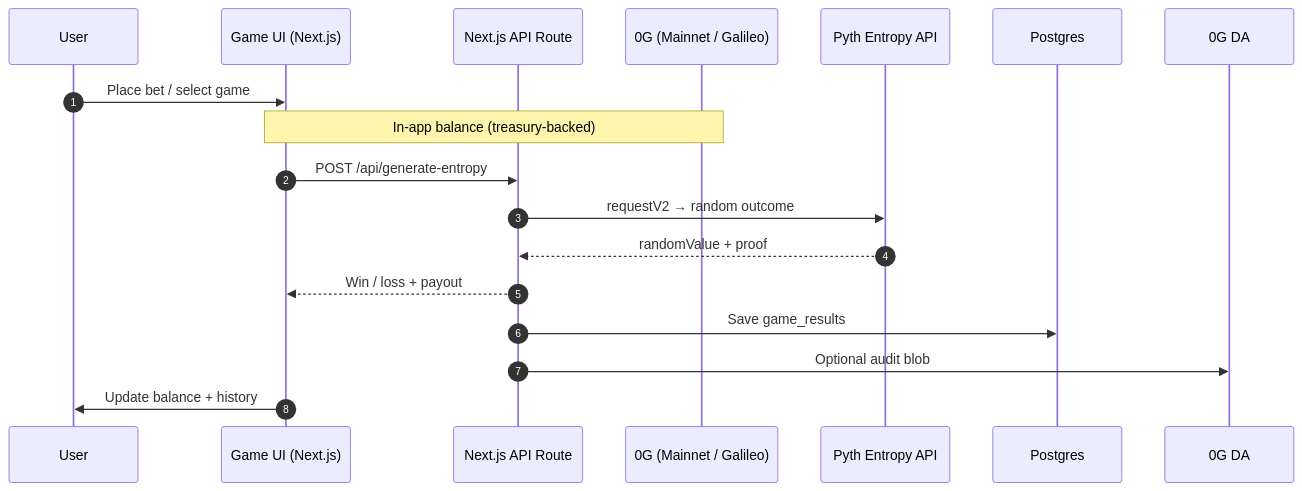
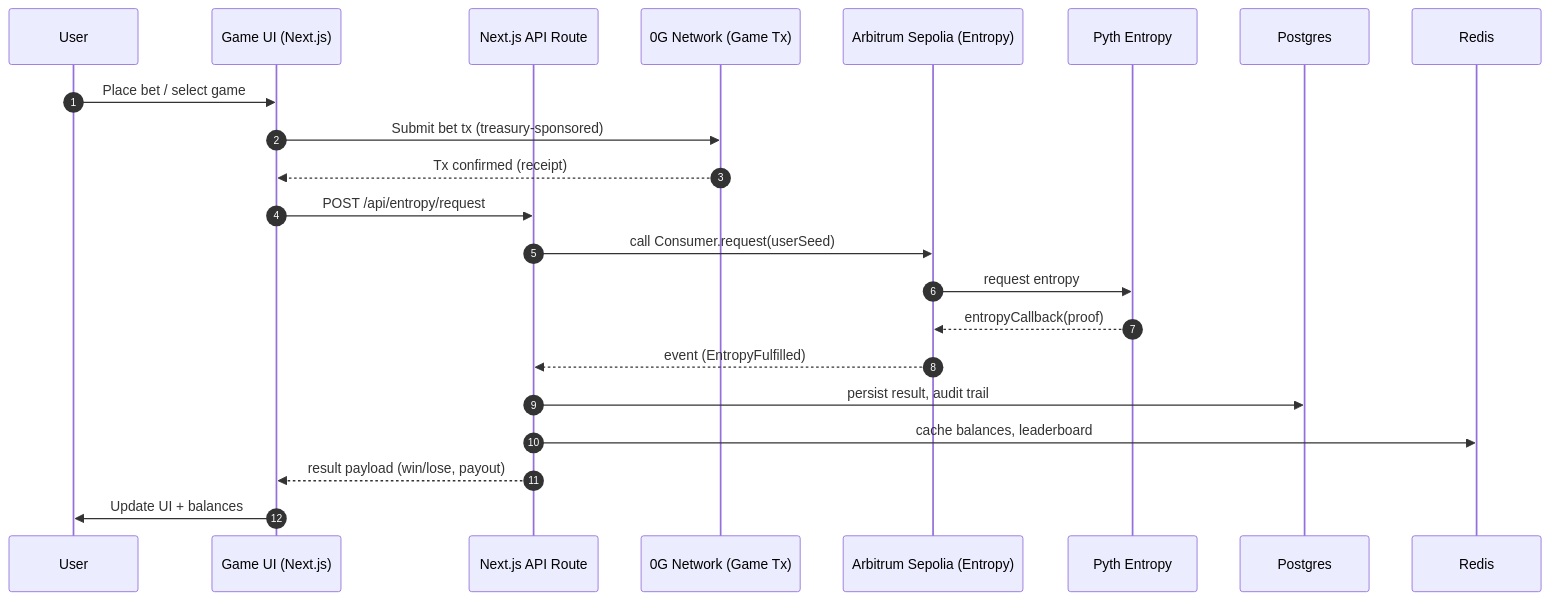
Before and after one commit to AmaanSayyad/APT-Casino-0g: the third of 3 diagrams in README.md, drawn with Mermaid. The commit also changed other lines of this file and 49 other files, not shown here.

First line of the commit message:
Ship 0G mainnet GameLogger and Wave 3 proof for the AKINDO buildathon.

````diff
--- a/README.md
+++ b/README.md
@@ -334,21 +211,27 @@
 ```mermaid
 sequenceDiagram
     autonumber
     participant U as User
     participant UI as Game UI (Next.js)
     participant API as Next.js API Route
-    participant OG as 0G (Mainnet / Galileo)
-    participant RNG as Pyth Entropy API
+    participant OG as 0G Network (Game Tx)
+    participant AE as Arbitrum Sepolia (Entropy)
+    participant PE as Pyth Entropy
     participant DB as Postgres
-    participant DA as 0G DA
+    participant RD as Redis
 
     U->>UI: Place bet / select game
-    Note over UI,OG: In-app balance (treasury-backed)
-    UI->>API: POST /api/generate-entropy
-    API->>RNG: requestV2 → random outcome
-    RNG-->>API: randomValue + proof
-    API-->>UI: Win / loss + payout
-    API->>DB: Save game_results
-    API->>DA: Optional audit blob
-    UI->>U: Update balance + history
+    UI->>OG: Submit bet tx (treasury-sponsored)
+    OG-->>UI: Tx confirmed (receipt)
+
+    UI->>API: POST /api/entropy/request
+    API->>AE: call Consumer.request(userSeed)
+    AE->>PE: request entropy
+    PE-->>AE: entropyCallback(proof)
+    AE-->>API: event (EntropyFulfilled)
+    API->>DB: persist result, audit trail
+    API->>RD: cache balances, leaderboard
+    API-->>UI: result payload (win/lose, payout)
+
+    UI->>U: Update UI + balances
 ```
````
